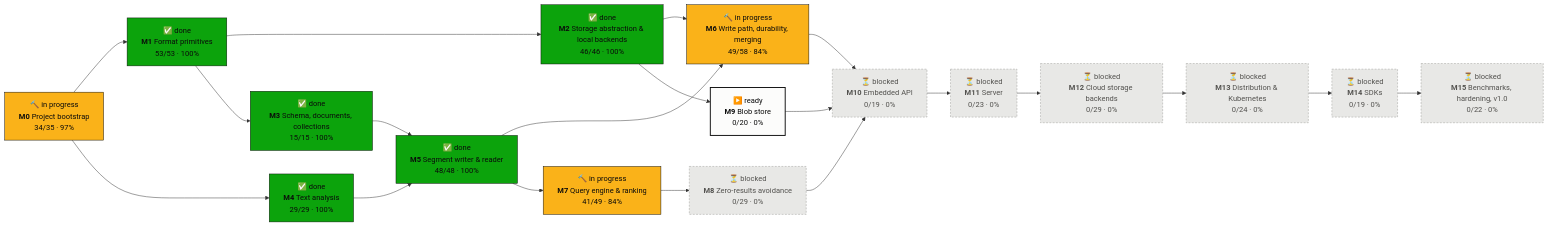
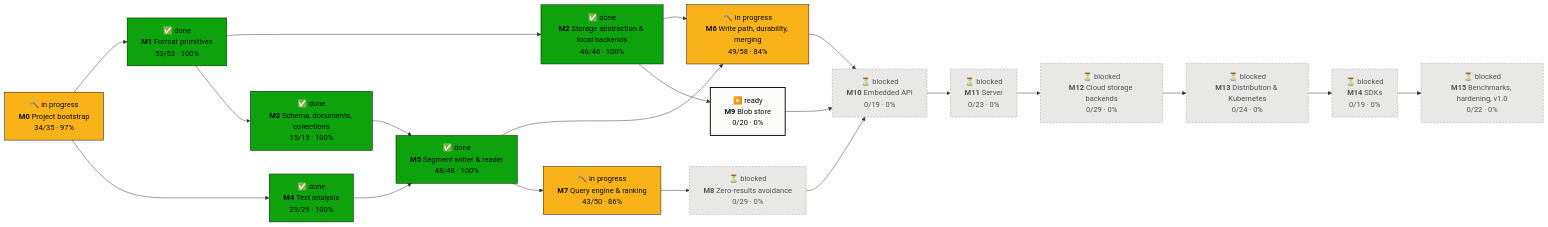
The first of 2 diagrams in PROGRESS.md (tomiok/persiaDB), drawn with Mermaid before and after one commit. The commit also changed other lines of this file and 22 other files, not shown here.

First line of the commit message:
Faster range filters and pruned column sorts (ROADMAP 7.4.13, 7.5.6) (#68)

````diff
--- a/PROGRESS.md
+++ b/PROGRESS.md
@@ -16,42 +16,42 @@
 ```mermaid
 flowchart LR
   M0["🔨 in progress<br/><b>M0</b> Project bootstrap<br/>34/35 · 97%"]:::doing
   M1["✅ done<br/><b>M1</b> Format primitives<br/>53/53 · 100%"]:::done
   M2["✅ done<br/><b>M2</b> Storage abstraction & local backends<br/>46/46 · 100%"]:::done
   M3["✅ done<br/><b>M3</b> Schema, documents, collections<br/>15/15 · 100%"]:::done
   M4["✅ done<br/><b>M4</b> Text analysis<br/>29/29 · 100%"]:::done
   M5["✅ done<br/><b>M5</b> Segment writer & reader<br/>48/48 · 100%"]:::done
   M6["🔨 in progress<br/><b>M6</b> Write path, durability, merging<br/>49/58 · 84%"]:::doing
-  M7["🔨 in progress<br/><b>M7</b> Query engine & ranking<br/>41/49 · 84%"]:::doing
+  M7["🔨 in progress<br/><b>M7</b> Query engine & ranking<br/>43/50 · 86%"]:::doing
   M8["⏳ blocked<br/><b>M8</b> Zero-results avoidance<br/>0/29 · 0%"]:::blocked
   M9["▶️ ready<br/><b>M9</b> Blob store<br/>0/20 · 0%"]:::ready
   M10["⏳ blocked<br/><b>M10</b> Embedded API<br/>0/19 · 0%"]:::blocked
   M11["⏳ blocked<br/><b>M11</b> Server<br/>0/23 · 0%"]:::blocked
   M12["⏳ blocked<br/><b>M12</b> Cloud storage backends<br/>0/29 · 0%"]:::blocked
   M13["⏳ blocked<br/><b>M13</b> Distribution & Kubernetes<br/>0/24 · 0%"]:::blocked
   M14["⏳ blocked<br/><b>M14</b> SDKs<br/>0/19 · 0%"]:::blocked
   M15["⏳ blocked<br/><b>M15</b> Benchmarks, hardening, v1.0<br/>0/22 · 0%"]:::blocked
   M0 --> M1
   M1 --> M2
   M1 --> M3
   M0 --> M4
   M3 --> M5
   M4 --> M5
   M2 --> M6
   M5 --> M6
   M5 --> M7
   M7 --> M8
   M2 --> M9
   M6 --> M10
   M8 --> M10
   M9 --> M10
   M10 --> M11
   M11 --> M12
   M12 --> M13
   M13 --> M14
   M14 --> M15
   classDef done fill:#0ca30c,stroke:#0b0b0b,color:#0b0b0b
   classDef doing fill:#fab219,stroke:#0b0b0b,color:#0b0b0b
   classDef ready fill:#fcfcfb,stroke:#0b0b0b,stroke-width:2px,color:#0b0b0b
   classDef blocked fill:#e8e8e6,stroke:#9a9a96,stroke-dasharray:4 3,color:#52514e
 ```
````
